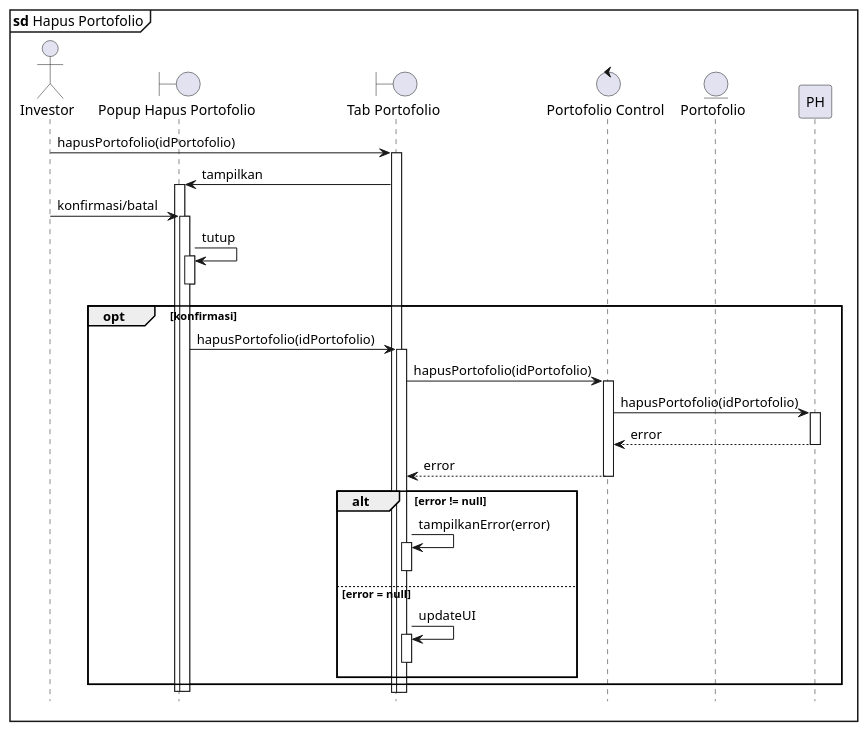
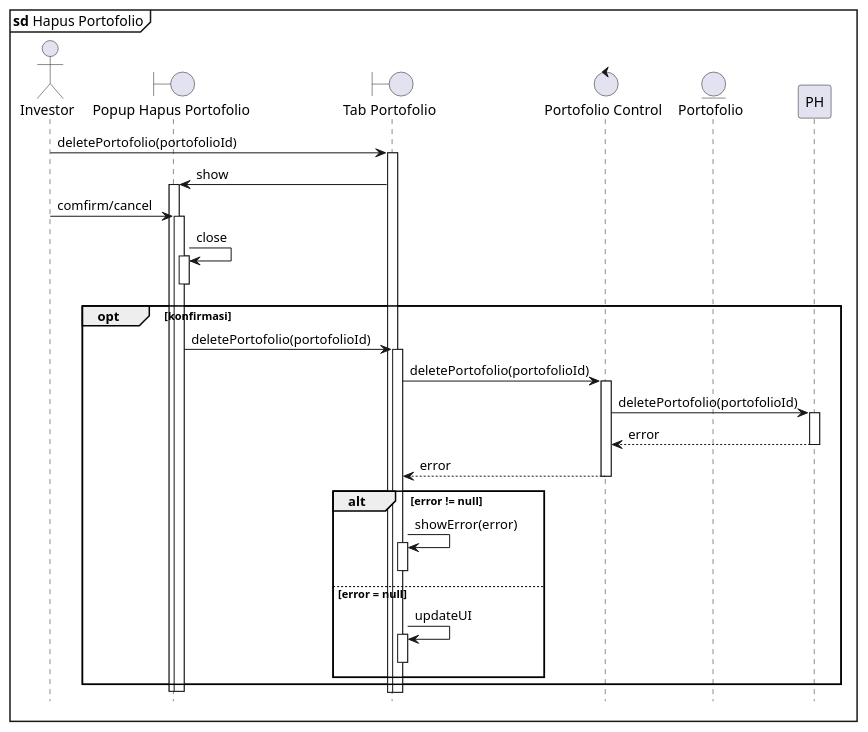
One commit to clarestarahma/manajemen-investasi changed the diagram in sequence/hapus-portofolio.puml. Above: the diagram before and after it, drawn with PlantUML. The commit also changed 12 other files, not shown here.

```diff
--- a/sequence/hapus-portofolio.puml
+++ b/sequence/hapus-portofolio.puml
@@ -1,45 +1,43 @@
 @startuml Sequence
 
 skinparam maxMessageSize 250
 
 hide footbox
 autoactivate on
 
 mainframe **sd** Hapus Portofolio
 
 actor Investor as I
 boundary "Popup Hapus Portofolio" as PHP
 boundary "Tab Portofolio" as TP
 control "Portofolio Control" as PC
 entity "Portofolio" as P
 
-I -> TP : hapusPortofolio(idPortofolio)
-TP -> PHP : tampilkan
+I -> TP : deletePortofolio(portofolioId)
+TP -> PHP : show
 
-I -> PHP : konfirmasi/batal
+I -> PHP : comfirm/cancel
 
-PHP -> PHP : tutup
+PHP -> PHP : close
 deactivate PHP
 
 opt konfirmasi
-  PHP -> TP : hapusPortofolio(idPortofolio)
-  TP -> PC : hapusPortofolio(idPortofolio)
-  PC -> PH : hapusPortofolio(idPortofolio)
+  PHP -> TP : deletePortofolio(portofolioId)
+  TP -> PC : deletePortofolio(portofolioId)
+  PC -> PH : deletePortofolio(portofolioId)
   PH --> PC : error
   PC --> TP : error
 
   alt error != null
-    TP -> TP : tampilkanError(error)
+    TP -> TP : showError(error)
     deactivate TP
   else error = null
     TP -> TP : updateUI
     deactivate TP
   end
 end
 
 deactivate PHP
 deactivate PHP
 
-
-
 @enduml
```
